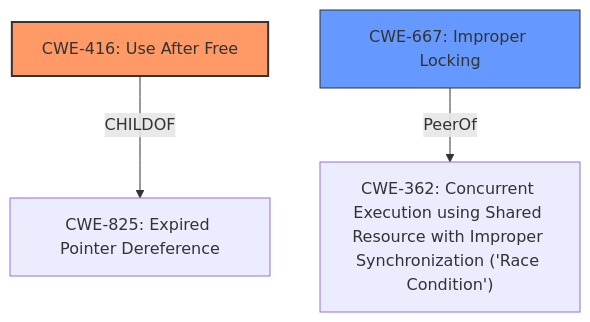
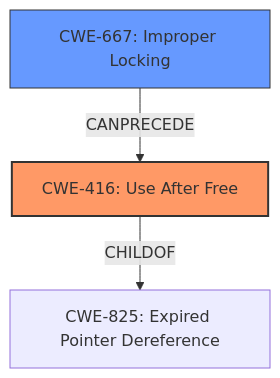
Before and after one commit to CyberSecAI/cwe_agent_assign_reports_2023: the diagram in CVE-2021-1905/CVE-2021-1905_analysis.md, drawn with Mermaid. The commit also changed other lines of this file and 902 other files, not shown here.

````diff
--- a/CVE-2021-1905/CVE-2021-1905_analysis.md
+++ b/CVE-2021-1905/CVE-2021-1905_analysis.md
@@ -17,14 +17,15 @@
 ```mermaid
 graph TD
     cwe416["CWE-416: Use After Free"]
     cwe667["CWE-667: Improper Locking"]
     cwe825["CWE-825: Expired Pointer Dereference"]
-
+    
     cwe416 -->|CHILDOF| cwe825
-    cwe667 -->|PeerOf| cwe362["CWE-362: Concurrent Execution using Shared Resource with Improper Synchronization ('Race Condition')"]
+    cwe667 -->|CANPRECEDE| cwe416
 
     classDef primary fill:#f96,stroke:#333,stroke-width:2px
     classDef secondary fill:#69f,stroke:#333
+    classDef tertiary fill:#9e9,stroke:#333
     class cwe416 primary
     class cwe667 secondary
 ```
````
